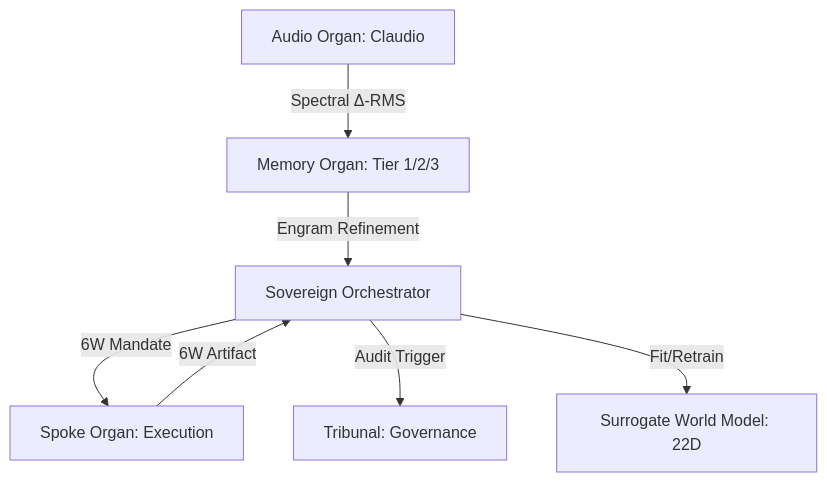
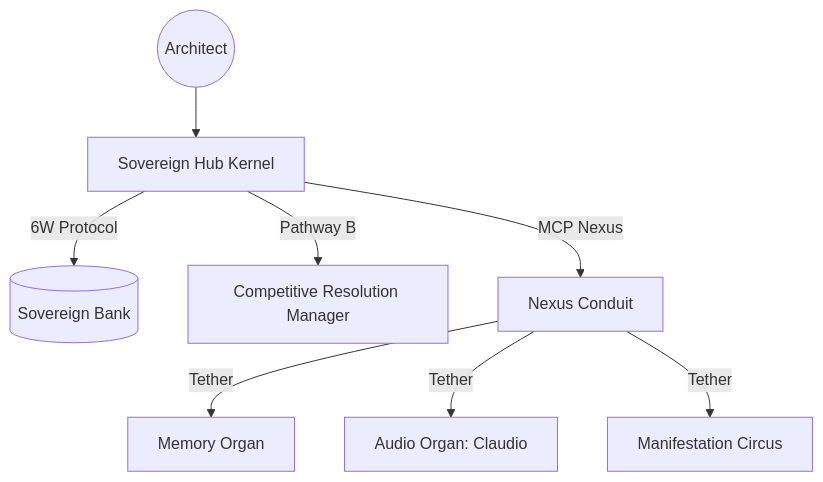
One commit to oripridan-dot/tooloo-v2 changed the diagram in MISSION_CONTROL.md. Above: the diagram before and after it, drawn with Mermaid. The commit also changed other lines of this file and 345 other files, not shown here.

Commit message:
[PURITY-FINAL] Sovereign Hub Transition Complete — Full Consolidation & Active Refinement.

````diff
--- a/MISSION_CONTROL.md
+++ b/MISSION_CONTROL.md
@@ -40,9 +35,10 @@
 ```mermaid
 graph TD
-    Hub[Sovereign Orchestrator] -->|6W Mandate| Spoke[Spoke Organ: Execution]
-    Hub -->|Audit Trigger| Tribunal[Tribunal: Governance]
-    Spoke -->|6W Artifact| Hub
-    Audio[Audio Organ: Claudio] -->|Spectral Δ-RMS| Memory[Memory Organ: Tier 1/2/3]
-    Memory -->|Engram Refinement| Hub
-    Hub -->|Fit/Retrain| Sim[Surrogate World Model: 22D]
+    User((Architect)) --> Hub[Sovereign Hub Kernel]
+    Hub -->|6W Protocol| Bank[(Sovereign Bank)]
+    Hub -->|Pathway B| Comp[Competitive Resolution Manager]
+    Hub -->|MCP Nexus| Nexus[Nexus Conduit]
+    Nexus -->|Tether| Memory[Memory Organ]
+    Nexus -->|Tether| Audio[Audio Organ: Claudio]
+    Nexus -->|Tether| Circus[Manifestation Circus]
 ```
````
